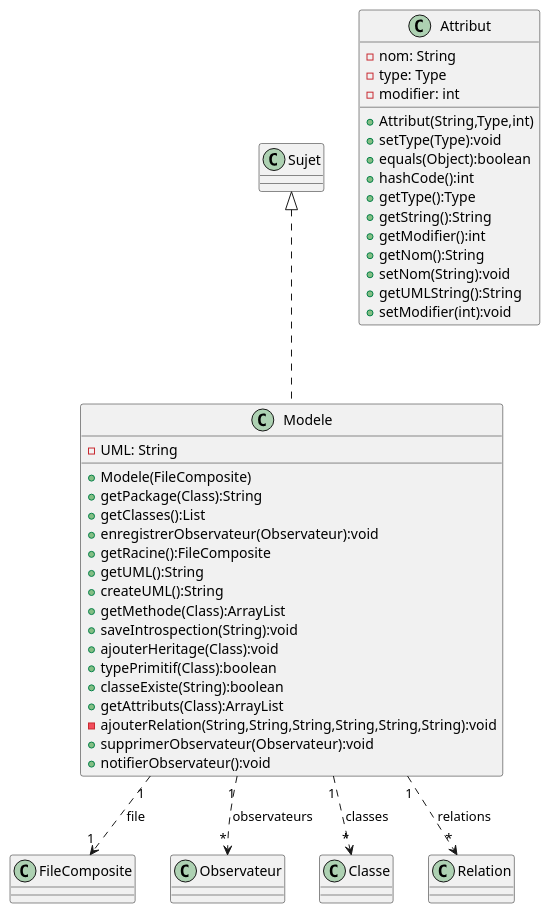
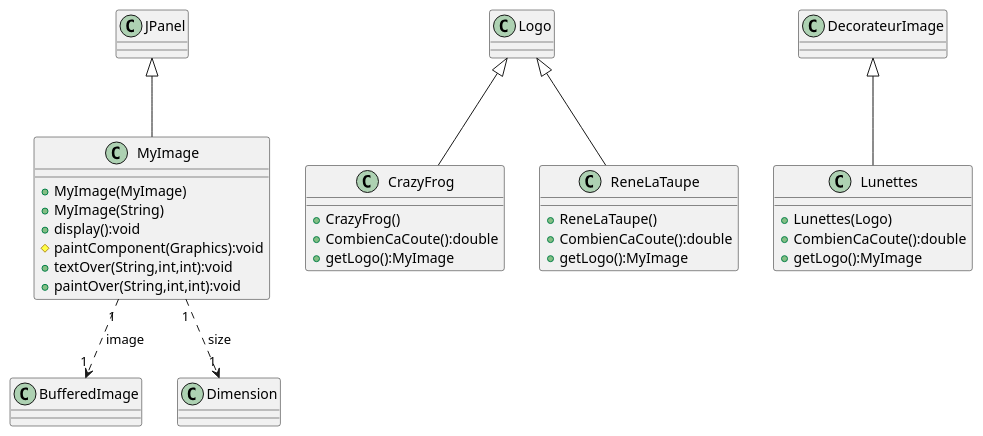
One commit to EliasKho/SAE-Plugin_JavaFx changed the diagram in Diag.puml. Above: the diagram before and after it, drawn with PlantUML. The commit also changed 2 other files, not shown here.

```diff
--- a/Diag.puml
+++ b/Diag.puml
@@ -1,44 +1,35 @@
 @startuml
-class Modele {
--UML: String
-+Modele(FileComposite)
-+getPackage(Class):String
-+getClasses():List
-+enregistrerObservateur(Observateur):void
-+getRacine():FileComposite
-+getUML():String
-+createUML():String
-+getMethode(Class):ArrayList
-+saveIntrospection(String):void
-+ajouterHeritage(Class):void
-+typePrimitif(Class):boolean
-+classeExiste(String):boolean
-+getAttributs(Class):ArrayList
--ajouterRelation(String,String,String,String,String,String):void
-+supprimerObservateur(Observateur):void
-+notifierObservateur():void
+class CrazyFrog {
++CrazyFrog()
++CombienCaCoute():double
++getLogo():MyImage
 }
 
-class Attribut {
--nom: String
--type: Type
--modifier: int
-+Attribut(String,Type,int)
-+setType(Type):void
-+equals(Object):boolean
-+hashCode():int
-+getType():Type
-+getString():String
-+getModifier():int
-+getNom():String
-+setNom(String):void
-+getUMLString():String
-+setModifier(int):void
+class Lunettes {
++Lunettes(Logo)
++CombienCaCoute():double
++getLogo():MyImage
 }
 
-Modele "1" ..> "1" FileComposite : file
-Modele "1" ..> "*" Observateur : observateurs
-Modele "1" ..> "*" Classe : classes
-Modele "1" ..> "*" Relation : relations
-Modele .u.|> Sujet : ""
+class ReneLaTaupe {
++ReneLaTaupe()
++CombienCaCoute():double
++getLogo():MyImage
+}
+
+class MyImage {
++MyImage(MyImage)
++MyImage(String)
++display():void
+#paintComponent(Graphics):void
++textOver(String,int,int):void
++paintOver(String,int,int):void
+}
+
+CrazyFrog -u-|> Logo : ""
+Lunettes -u-|> DecorateurImage : ""
+ReneLaTaupe -u-|> Logo : ""
+MyImage "1" ..> "1" BufferedImage : image
+MyImage "1" ..> "1" Dimension : size
+MyImage -u-|> JPanel : ""
 @enduml
```
